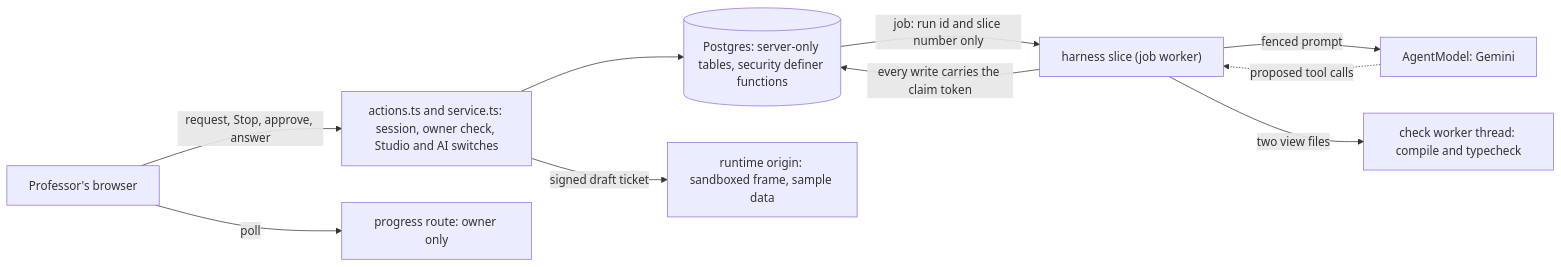
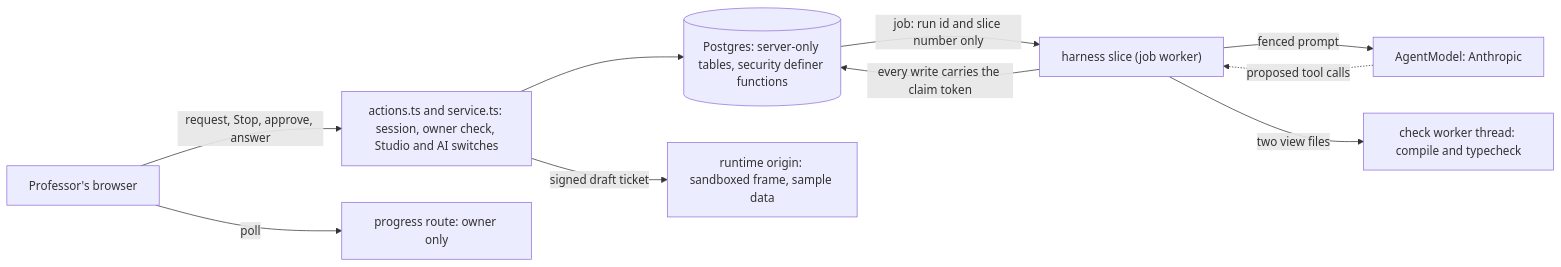
One commit to doshi-kevin/build-studio changed the diagram in docs/reference/studio-agent-harness.md. Above: the diagram before and after it, drawn with Mermaid. The commit also changed other lines of this file and 9 other files, not shown here.

````diff
--- a/docs/reference/studio-agent-harness.md
+++ b/docs/reference/studio-agent-harness.md
@@ -22,12 +22,12 @@
 ```mermaid
 flowchart LR
   B["Professor's browser"] -- "request, Stop, approve, answer" --> A["actions.ts and service.ts: session, owner check, Studio and AI switches"]
   B -- "poll" --> P["progress route: owner only"]
   A --> DB[("Postgres: server-only tables, security definer functions")]
   DB -- "job: run id and slice number only" --> H["harness slice (job worker)"]
-  H -- "fenced prompt" --> M["AgentModel: Gemini"]
+  H -- "fenced prompt" --> M["AgentModel: Anthropic"]
   M -. "proposed tool calls" .-> H
   H -- "two view files" --> W["check worker thread: compile and typecheck"]
   H -- "every write carries the claim token" --> DB
   A -- "signed draft ticket" --> F["runtime origin: sandboxed frame, sample data"]
 ```
````
